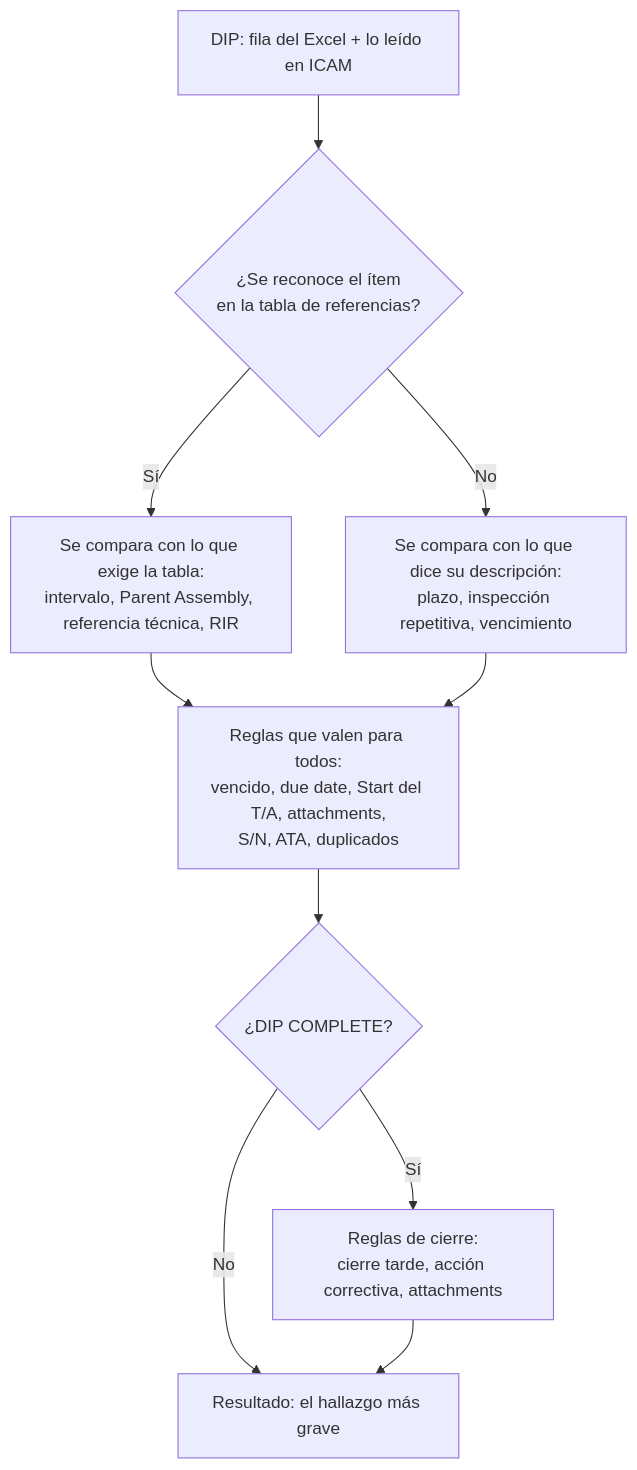
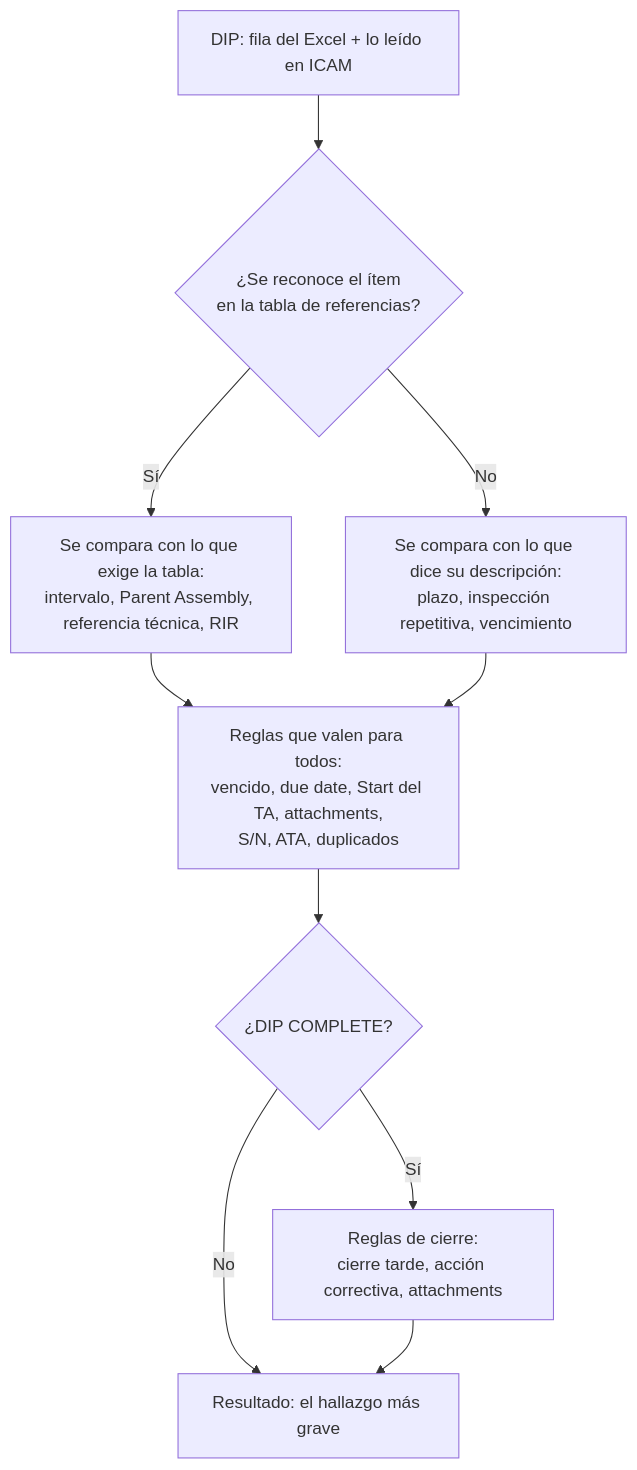
One commit to lviloriabas/dips changed the diagram in COMO_FUNCIONA.md. Above: the diagram before and after it, drawn with Mermaid. The commit also changed other lines of this file, not shown here.

````diff
--- a/COMO_FUNCIONA.md
+++ b/COMO_FUNCIONA.md
@@ -23,12 +23,12 @@
 ```mermaid
 flowchart TD
     A[DIP: fila del Excel + lo leído en ICAM] --> B{¿Se reconoce el ítem<br/>en la tabla de referencias?}
     B -- Sí --> C[Se compara con lo que exige la tabla:<br/>intervalo, Parent Assembly, referencia técnica, RIR]
     B -- No --> D[Se compara con lo que dice su descripción:<br/>plazo, inspección repetitiva, vencimiento]
-    C --> E[Reglas que valen para todos:<br/>vencido, due date, Start del T/A, attachments,<br/>S/N, ATA, duplicados]
+    C --> E[Reglas que valen para todos:<br/>vencido, due date, Start del TA, attachments,<br/>S/N, ATA, duplicados]
     D --> E
     E --> F{¿DIP COMPLETE?}
     F -- Sí --> G[Reglas de cierre:<br/>cierre tarde, acción correctiva, attachments]
     F -- No --> H[Resultado: el hallazgo más grave]
     G --> H
 ```
````
